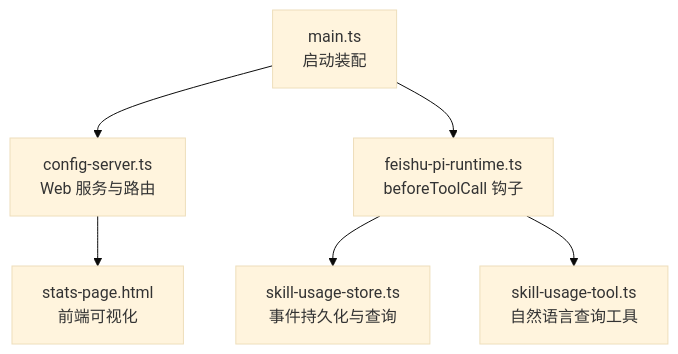
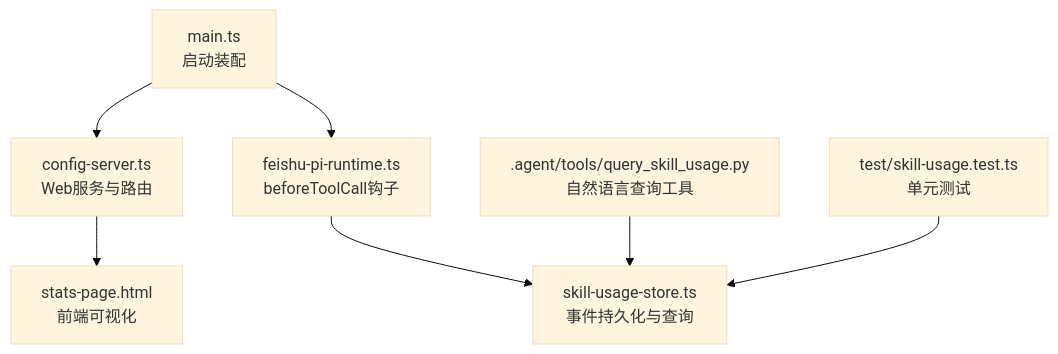
One commit to HeXiaoShu520/feishu-pi changed the first of 5 diagrams in .qoder/repowiki/zh/content/数据管理/技能使用统计.md. Above: the diagram before and after it, drawn with Mermaid (base theme). The commit also changed other lines of this file and 47 other files, not shown here.

````diff
--- a/.qoder/repowiki/zh/content/数据管理/技能使用统计.md
+++ b/.qoder/repowiki/zh/content/数据管理/技能使用统计.md
@@ -43,8 +48,9 @@
 ```mermaid
 graph TB
-A["main.ts<br/>启动装配"] --> B["config-server.ts<br/>Web 服务与路由"]
-A --> C["feishu-pi-runtime.ts<br/>beforeToolCall 钩子"]
+A["main.ts<br/>启动装配"] --> B["config-server.ts<br/>Web服务与路由"]
+A --> C["feishu-pi-runtime.ts<br/>beforeToolCall钩子"]
 C --> D["skill-usage-store.ts<br/>事件持久化与查询"]
 B --> E["stats-page.html<br/>前端可视化"]
-C --> F["skill-usage-tool.ts<br/>自然语言查询工具"]
+F[".agent/tools/query_skill_usage.py<br/>自然语言查询工具"] --> D
+G["test/skill-usage.test.ts<br/>单元测试"] --> D
 ```
````
